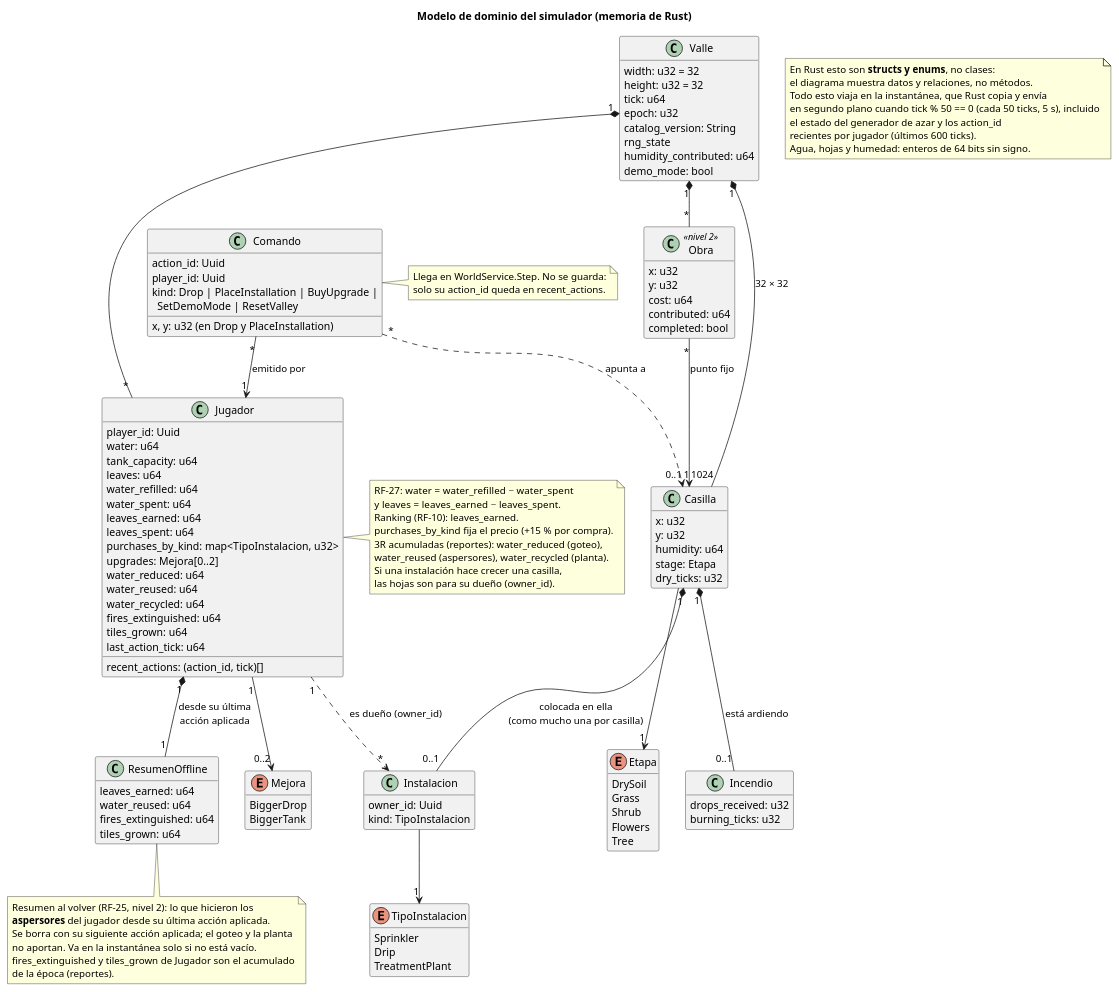
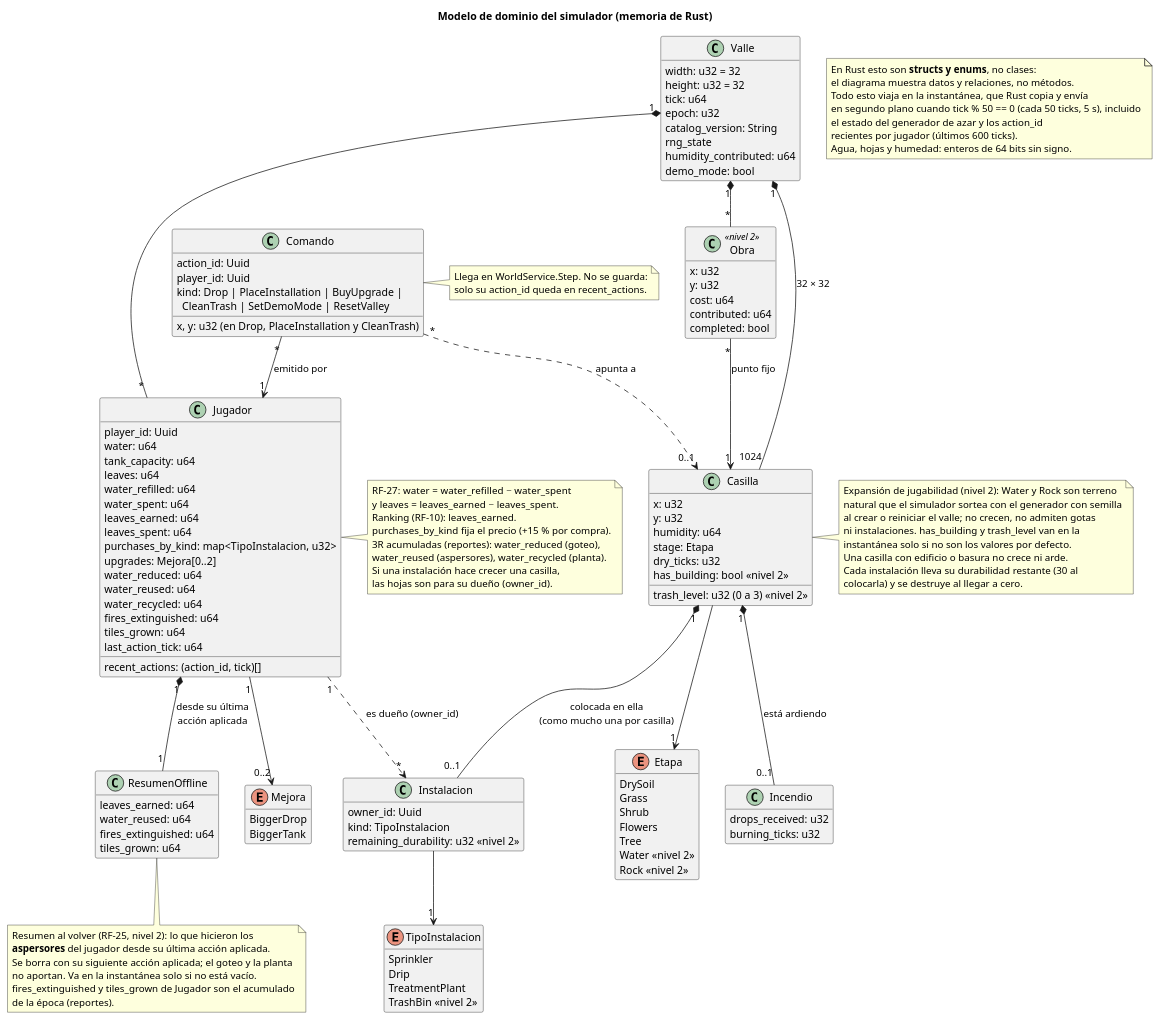
Before and after one commit to iadev2005/hydrovalley: the diagram in docs/diagrams/06-dominio-simulador.puml, drawn with PlantUML. The commit also changed 9 other files, not shown here.

First line of the commit message:
docs: record the gameplay expansion in D-01, the diagrams, the READMEs and the team tasks

```diff
--- a/docs/diagrams/06-dominio-simulador.puml
+++ b/docs/diagrams/06-dominio-simulador.puml
@@ -1,144 +1,161 @@
 @startuml 06-dominio-simulador
 title Modelo de dominio del simulador (memoria de Rust)
 hide empty methods
 
 class Valle {
   width: u32 = 32
   height: u32 = 32
   tick: u64
   epoch: u32
   catalog_version: String
   rng_state
   humidity_contributed: u64
   demo_mode: bool
 }
 
 class Casilla {
   x: u32
   y: u32
   humidity: u64
   stage: Etapa
   dry_ticks: u32
+  has_building: bool <<nivel 2>>
+  trash_level: u32 (0 a 3) <<nivel 2>>
 }
 
 enum Etapa {
   DrySoil
   Grass
   Shrub
   Flowers
   Tree
+  Water <<nivel 2>>
+  Rock <<nivel 2>>
 }
 
 class Jugador {
   player_id: Uuid
   water: u64
   tank_capacity: u64
   leaves: u64
   water_refilled: u64
   water_spent: u64
   leaves_earned: u64
   leaves_spent: u64
   purchases_by_kind: map<TipoInstalacion, u32>
   upgrades: Mejora[0..2]
   water_reduced: u64
   water_reused: u64
   water_recycled: u64
   fires_extinguished: u64
   tiles_grown: u64
   last_action_tick: u64
   recent_actions: (action_id, tick)[]
 }
 
 class ResumenOffline {
   leaves_earned: u64
   water_reused: u64
   fires_extinguished: u64
   tiles_grown: u64
 }
 
 class Instalacion {
   owner_id: Uuid
   kind: TipoInstalacion
+  remaining_durability: u32 <<nivel 2>>
 }
 
 enum TipoInstalacion {
   Sprinkler
   Drip
   TreatmentPlant
+  TrashBin <<nivel 2>>
 }
 
 enum Mejora {
   BiggerDrop
   BiggerTank
 }
 
 class Comando {
   action_id: Uuid
   player_id: Uuid
-  kind: Drop | PlaceInstallation | BuyUpgrade |\n  SetDemoMode | ResetValley
-  x, y: u32 (en Drop y PlaceInstallation)
+  kind: Drop | PlaceInstallation | BuyUpgrade |\n  CleanTrash | SetDemoMode | ResetValley
+  x, y: u32 (en Drop, PlaceInstallation y CleanTrash)
 }
 
 class Incendio {
   drops_received: u32
   burning_ticks: u32
 }
 
 class Obra <<nivel 2>> {
   x: u32
   y: u32
   cost: u64
   contributed: u64
   completed: bool
 }
 
 Valle "1" *-- "1024" Casilla : 32 × 32
 Valle "1" *-- "*" Jugador
 Casilla --> "1" Etapa
 Casilla "1" *-- "0..1" Incendio : está ardiendo
 Jugador "1" ..> "*" Instalacion : es dueño (owner_id)
 Instalacion --> "1" TipoInstalacion
 Casilla "1" *-- "0..1" Instalacion : colocada en ella\n(como mucho una por casilla)
 Jugador "1" *-- "1" ResumenOffline : desde su última\nacción aplicada
 Jugador "1" --> "0..2" Mejora
 Comando "*" --> "1" Jugador : emitido por
 Comando "*" ..> "0..1" Casilla : apunta a
 Valle "1" *-- "*" Obra
 Obra "*" --> "1" Casilla : punto fijo
 
 note as N1
   En Rust esto son <b>structs y enums</b>, no clases:
   el diagrama muestra datos y relaciones, no métodos.
   Todo esto viaja en la instantánea, que Rust copia y envía
   en segundo plano cuando tick % 50 == 0 (cada 50 ticks, 5 s), incluido
   el estado del generador de azar y los action_id
   recientes por jugador (últimos 600 ticks).
   Agua, hojas y humedad: enteros de 64 bits sin signo.
 end note
 
 note right of Jugador
   RF-27: water = water_refilled − water_spent
   y leaves = leaves_earned − leaves_spent.
   Ranking (RF-10): leaves_earned.
   purchases_by_kind fija el precio (+15 % por compra).
   3R acumuladas (reportes): water_reduced (goteo),
   water_reused (aspersores), water_recycled (planta).
   Si una instalación hace crecer una casilla,
   las hojas son para su dueño (owner_id).
 end note
 
 note bottom of ResumenOffline
   Resumen al volver (RF-25, nivel 2): lo que hicieron los
   <b>aspersores</b> del jugador desde su última acción aplicada.
   Se borra con su siguiente acción aplicada; el goteo y la planta
   no aportan. Va en la instantánea solo si no está vacío.
   fires_extinguished y tiles_grown de Jugador son el acumulado
   de la época (reportes).
 end note
 
+note right of Casilla
+  Expansión de jugabilidad (nivel 2): Water y Rock son terreno
+  natural que el simulador sortea con el generador con semilla
+  al crear o reiniciar el valle; no crecen, no admiten gotas
+  ni instalaciones. has_building y trash_level van en la
+  instantánea solo si no son los valores por defecto.
+  Una casilla con edificio o basura no crece ni arde.
+  Cada instalación lleva su durabilidad restante (30 al
+  colocarla) y se destruye al llegar a cero.
+end note
+
 note right of Comando
   Llega en WorldService.Step. No se guarda:
   solo su action_id queda en recent_actions.
 end note
 
 @enduml
```
